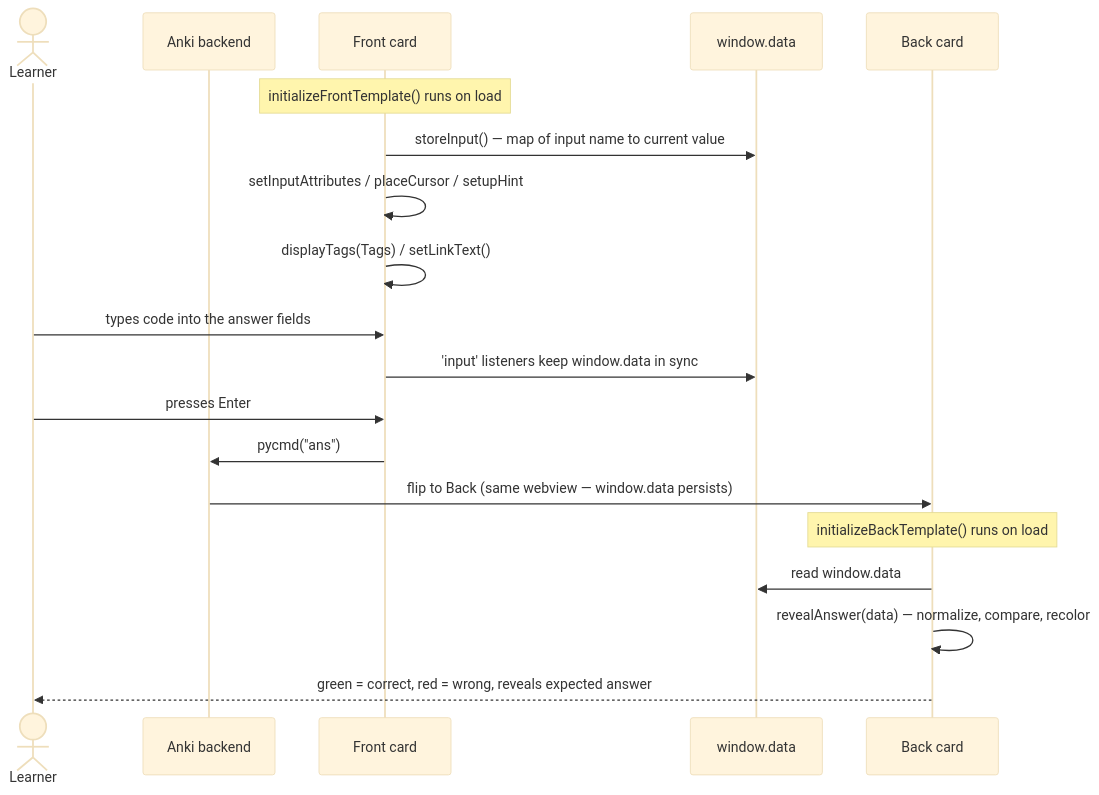
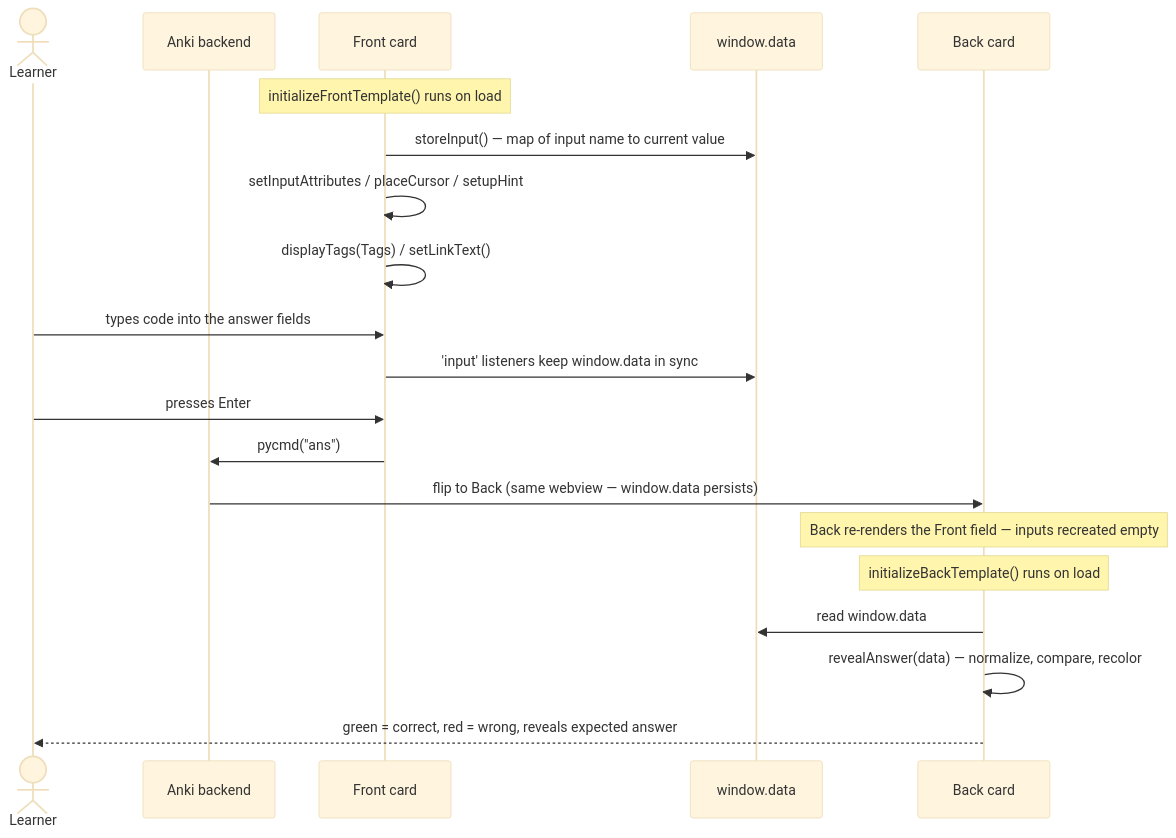
Before and after one commit to muhsinali/anki_templates: the diagram in documentation/architecture-diagrams/04-runtime-data-flow.md, drawn with Mermaid (base theme). The commit also changed other lines of this file and 6 other files, not shown here.

````diff
--- a/documentation/architecture-diagrams/04-runtime-data-flow.md
+++ b/documentation/architecture-diagrams/04-runtime-data-flow.md
@@ -8,25 +13,26 @@
 ```mermaid
 sequenceDiagram
     actor User as Learner
     participant Anki as Anki backend
     participant Front as Front card
     participant Data as window.data
     participant Back as Back card
 
     Note over Front: initializeFrontTemplate() runs on load
     Front->>Data: storeInput() — map of input name to current value
     Front->>Front: setInputAttributes / placeCursor / setupHint
     Front->>Front: displayTags(Tags) / setLinkText()
 
     User->>Front: types code into the answer fields
     Front->>Data: 'input' listeners keep window.data in sync
 
     User->>Front: presses Enter
     Front->>Anki: pycmd("ans")
     Anki->>Back: flip to Back (same webview — window.data persists)
 
+    Note over Back: Back re-renders the Front field — inputs recreated empty
     Note over Back: initializeBackTemplate() runs on load
     Back->>Data: read window.data
     Back->>Back: revealAnswer(data) — normalize, compare, recolor
     Back-->>User: green = correct, red = wrong, reveals expected answer
 ```
````
